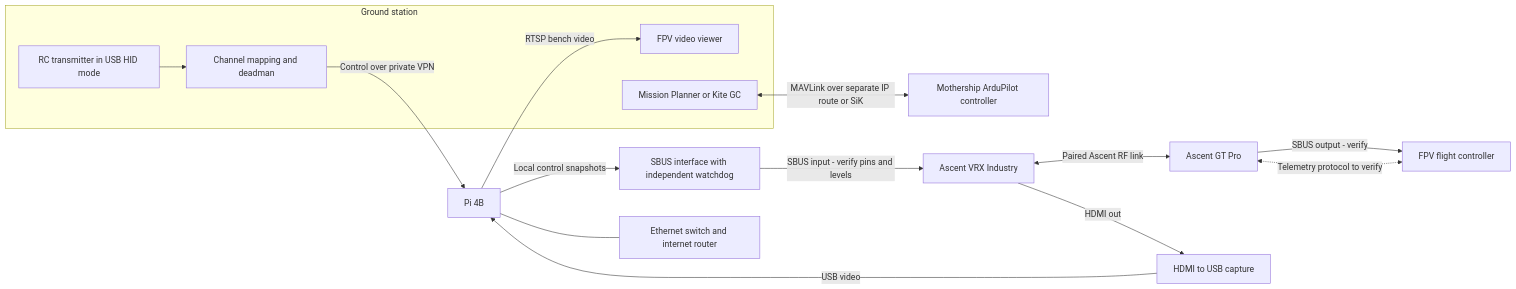
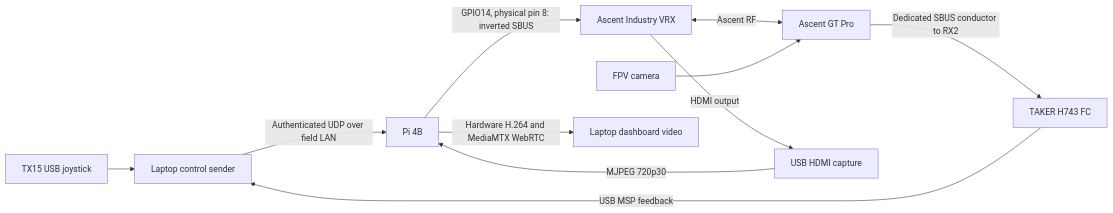
Before and after one commit to tedstrazimiri/ascent-multi-drone-mothership: the diagram in README.md, drawn with Mermaid. The commit also changed other lines of this file and 11 other files, not shown here.

Commit message:
Document complete Ascent bench handoff and pause latency work

````diff
--- a/README.md
+++ b/README.md
@@ -15,19 +11,13 @@
 ```mermaid
 flowchart LR
-  subgraph G[Ground station]
-    RC[RC transmitter in USB HID mode] --> MAP[Channel mapping and deadman]
-    VIEW[FPV video viewer]
-    GCS[Mission Planner or Kite GC]
-  end
-  MAP -->|Control over private VPN| PI[Pi 4B]
-  PI -->|RTSP bench video| VIEW
-  PI -->|Local control snapshots| MCU[SBUS interface with independent watchdog]
-  MCU -->|SBUS input - verify pins and levels| VRX[Ascent VRX Industry]
-  VRX <-->|Paired Ascent RF link| VTX[Ascent GT Pro]
-  VTX -->|SBUS output - verify| FC[FPV flight controller]
-  FC <-.->|Telemetry protocol to verify| VTX
-  VRX -->|HDMI out| CAP[HDMI to USB capture]
-  CAP -->|USB video| PI
-  GCS <-->|MAVLink over separate IP route or SiK| MFC[Mothership ArduPilot controller]
-  PI --- NET[Ethernet switch and internet router]
+  TX[TX15 USB joystick] --> LAP[Laptop control sender]
+  LAP -->|Authenticated UDP over field LAN| PI[Pi 4B]
+  PI -->|GPIO14, physical pin 8: inverted SBUS| VRX[Ascent Industry VRX]
+  VRX <-->|Ascent RF| VTX[Ascent GT Pro]
+  VTX -->|Dedicated SBUS conductor to RX2| FC[TAKER H743 FC]
+  CAM[FPV camera] --> VTX
+  VRX -->|HDMI output| CAP[USB HDMI capture]
+  CAP -->|MJPEG 720p30| PI
+  PI -->|Hardware H.264 and MediaMTX WebRTC| VIEW[Laptop dashboard video]
+  FC -->|USB MSP feedback| LAP
 ```
````
